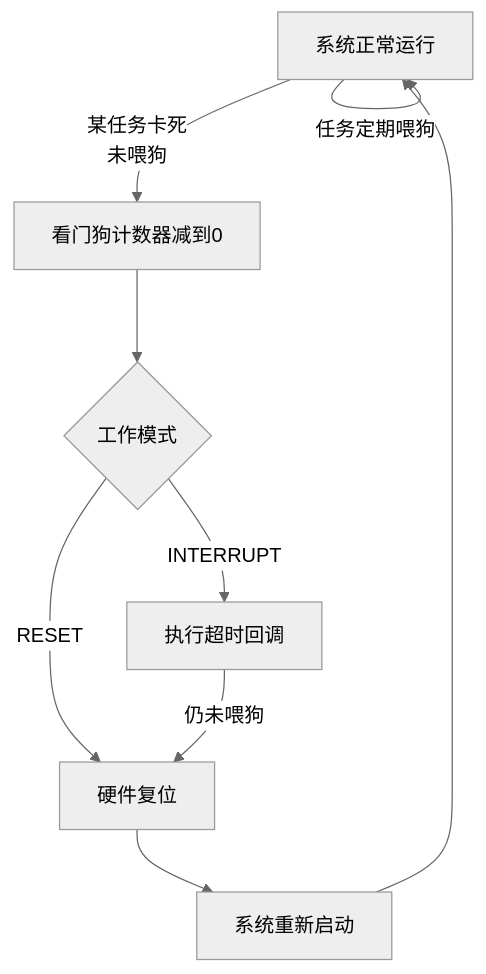
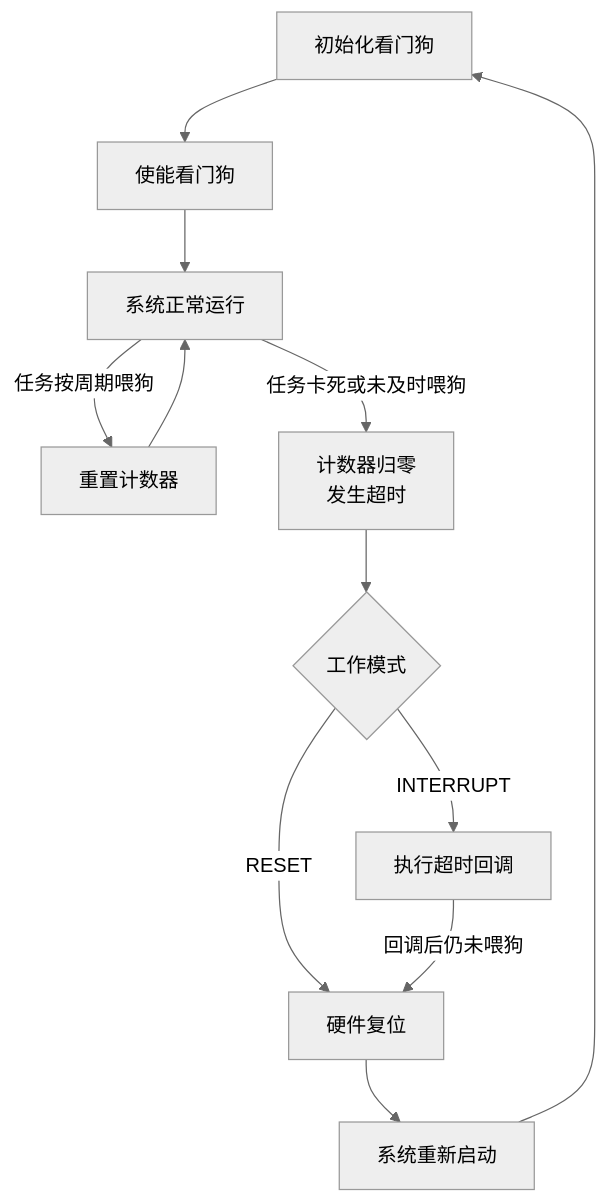
One commit to sanchuanhehe/fbb_ws53 changed the first of 2 diagrams in docs/zh-CN/samples/peripherals/watchdog/watchdog.md. Above: the diagram before and after it, drawn with Mermaid (neutral theme). The commit also changed other lines of this file and 9 other files, not shown here.

````diff
--- a/docs/zh-CN/samples/peripherals/watchdog/watchdog.md
+++ b/docs/zh-CN/samples/peripherals/watchdog/watchdog.md
@@ -17,12 +17,14 @@
 ```mermaid
 flowchart TD
-    S[系统正常运行]
-    S -->|任务定期喂狗| S
-    S -->|某任务卡死<br/>未喂狗| T[看门狗计数器减到0]
+    A[初始化看门狗] --> E[使能看门狗]
+    E --> S[系统正常运行]
+    S -->|任务按周期喂狗| K[重置计数器]
+    K --> S
+    S -->|任务卡死或未及时喂狗| T[计数器归零<br/>发生超时]
     T --> M{工作模式}
     M -->|RESET| R[硬件复位]
     M -->|INTERRUPT| I[执行超时回调]
-    I -->|仍未喂狗| R
+    I -->|回调后仍未喂狗| R
     R --> B[系统重新启动]
-    B --> S
+    B --> A
 ```
````
